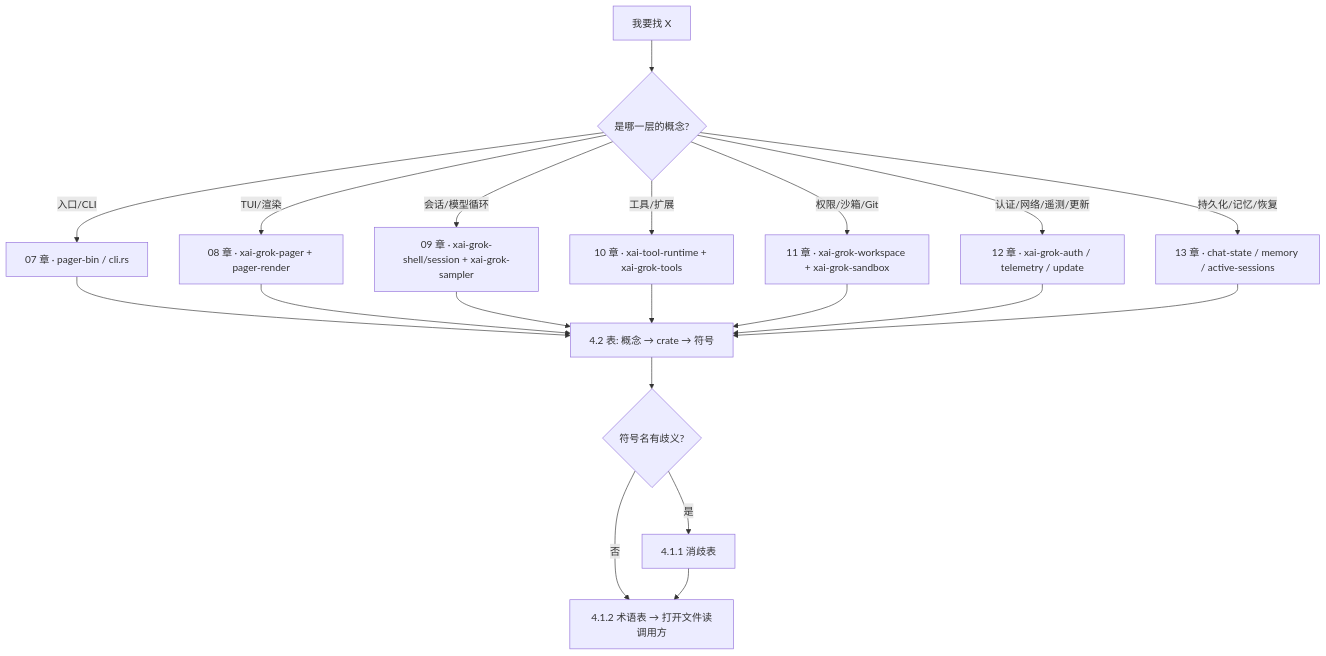
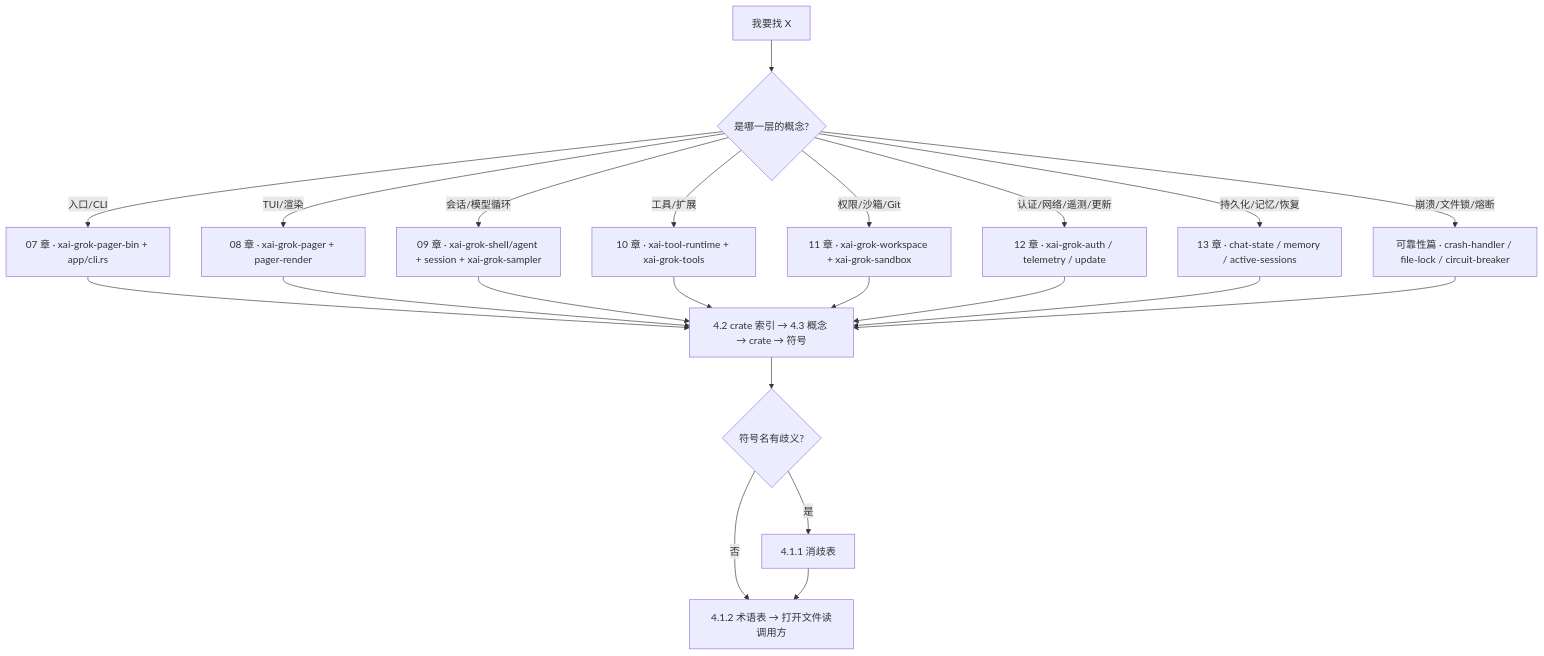
One commit to adrian9778/grok-build changed the diagram in docs/adrian/sourceReader/16-术语表与源码查找手册.md. Above: the diagram before and after it, drawn with Mermaid. The commit also changed other lines of this file and 18 other files, not shown here.

````diff
--- a/docs/adrian/sourceReader/16-术语表与源码查找手册.md
+++ b/docs/adrian/sourceReader/16-术语表与源码查找手册.md
@@ -41,22 +50,24 @@
 ```mermaid
 flowchart TD
     Q["我要找 X"] --> L1{"是哪一层的概念?"}
-    L1 -->|入口/CLI| C07["07 章 · pager-bin / cli.rs"]
+    L1 -->|入口/CLI| C07["07 章 · xai-grok-pager-bin + app/cli.rs"]
     L1 -->|TUI/渲染| C08["08 章 · xai-grok-pager + pager-render"]
-    L1 -->|会话/模型循环| C09["09 章 · xai-grok-shell/session + xai-grok-sampler"]
+    L1 -->|会话/模型循环| C09["09 章 · xai-grok-shell/agent + session + xai-grok-sampler"]
     L1 -->|工具/扩展| C10["10 章 · xai-tool-runtime + xai-grok-tools"]
     L1 -->|权限/沙箱/Git| C11["11 章 · xai-grok-workspace + xai-grok-sandbox"]
     L1 -->|认证/网络/遥测/更新| C12["12 章 · xai-grok-auth / telemetry / update"]
     L1 -->|持久化/记忆/恢复| C13["13 章 · chat-state / memory / active-sessions"]
-    C07 --> S2["4.2 表: 概念 → crate → 符号"]
-    C08 --> S2
-    C09 --> S2
-    C10 --> S2
-    C11 --> S2
-    C12 --> S2
-    C13 --> S2
-    S2 --> S3{"符号名有歧义?"}
-    S3 -->|是| D["4.1.1 消歧表"]
-    S3 -->|否| G["4.1.2 术语表 → 打开文件读调用方"]
+    L1 -->|崩溃/文件锁/熔断| CR["可靠性篇 · crash-handler / file-lock / circuit-breaker"]
+    C07 --> S3["4.2 crate 索引 → 4.3 概念 → crate → 符号"]
+    C08 --> S3
+    C09 --> S3
+    C10 --> S3
+    C11 --> S3
+    C12 --> S3
+    C13 --> S3
+    CR --> S3
+    S3 --> S4{"符号名有歧义?"}
+    S4 -->|是| D["4.1.1 消歧表"]
+    S4 -->|否| G["4.1.2 术语表 → 打开文件读调用方"]
     D --> G
 ```
````
